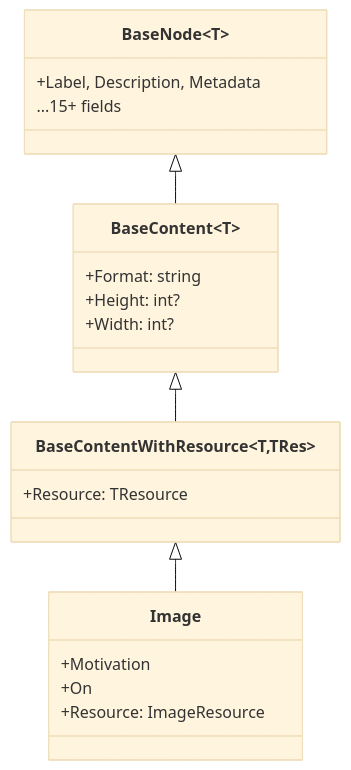
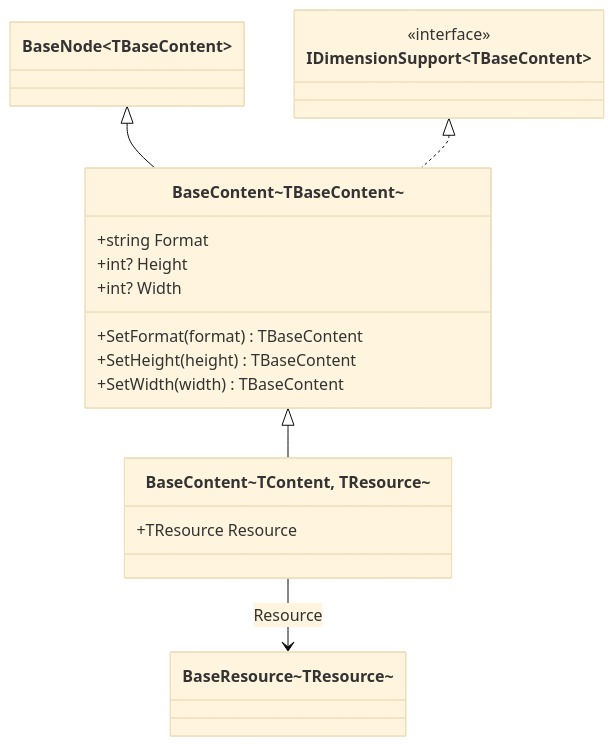
One commit to KiarashMinoo/IIIF.Manifest.Serializer.Net changed the diagram in docs/Shared/Content/README.md. Above: the diagram before and after it, drawn with Mermaid (base theme). The commit also changed other lines of this file and 70 other files, not shown here.

````diff
--- a/docs/Shared/Content/README.md
+++ b/docs/Shared/Content/README.md
@@ -46,27 +105,24 @@
 ```mermaid
 classDiagram
-    class BaseNode~T~ {
-        +Label, Description, Metadata
-        ...15+ fields
+    class BaseNode~TBaseContent~
+    class IDimensionSupport~TBaseContent~ {
+        <<interface>>
     }
-    
-    class BaseContent~T~ {
-        +Format: string
-        +Height: int?
-        +Width: int?
+    class BaseContent_1["BaseContent~TBaseContent~"] {
+        +string Format
+        +int? Height
+        +int? Width
+        +SetFormat(format) TBaseContent
+        +SetHeight(height) TBaseContent
+        +SetWidth(width) TBaseContent
     }
-    
-    class BaseContentWithResource~T,TRes~ {
-        +Resource: TResource
+    class BaseContent_2["BaseContent~TContent, TResource~"] {
+        +TResource Resource
     }
-    
-    class Image {
-        +Motivation
-        +On
-        +Resource: ImageResource
-    }
-    
-    BaseNode~T~ <|-- BaseContent~T~
-    BaseContent~T~ <|-- BaseContentWithResource~T,TRes~
-    BaseContentWithResource~T,TRes~ <|-- Image
+    class BaseResource_T["BaseResource~TResource~"]
+
+    BaseNode~TBaseContent~ <|-- BaseContent_1
+    IDimensionSupport~TBaseContent~ <|.. BaseContent_1
+    BaseContent_1 <|-- BaseContent_2
+    BaseContent_2 --> BaseResource_T : Resource
 ```
````
